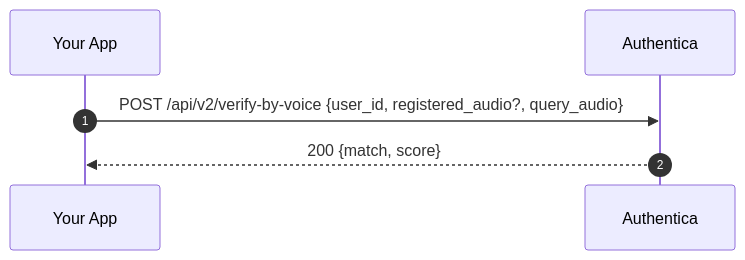
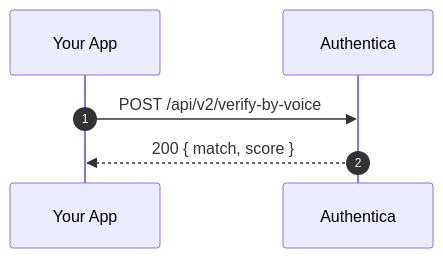
The third of 5 diagrams in README.md (AuthenticaSA/Plug-and-Play-Auth), drawn with Mermaid before and after one commit. The commit also changed other lines of this file and 2 other files, not shown here.

````diff
--- a/README.md
+++ b/README.md
@@ -411,8 +332,8 @@
 ```mermaid
 sequenceDiagram
   autonumber
   participant App as Your App
   participant Auth as Authentica
-  App->>Auth: POST /api/v2/verify-by-voice {user_id, registered_audio?, query_audio}
-  Auth-->>App: 200 {match, score}
+  App->>Auth: POST /api/v2/verify-by-voice
+  Auth-->>App: 200 { match, score }
 ```
````
